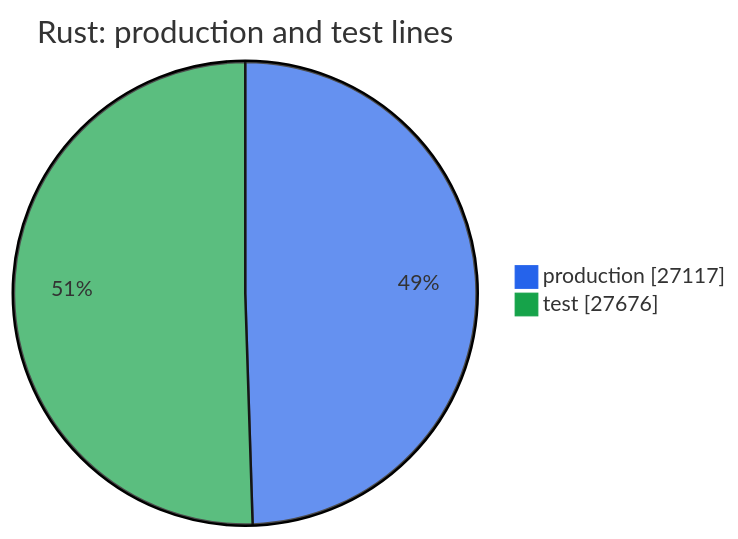
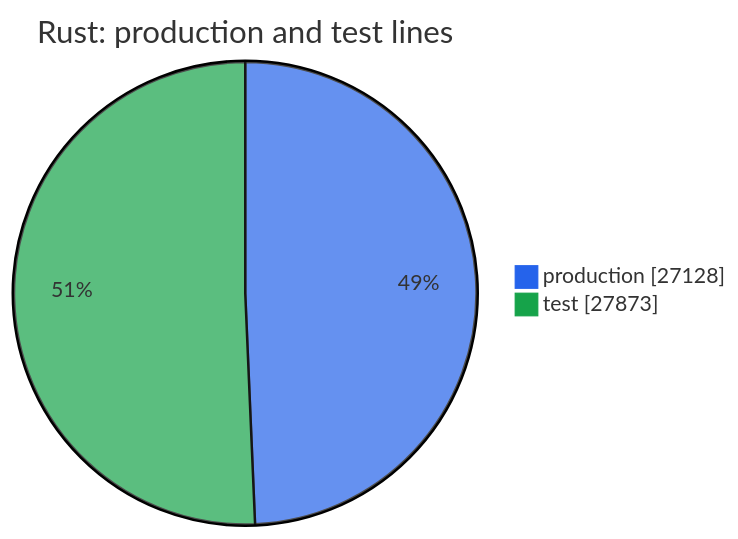
One commit to thomascherickal/ferrum-gpu changed the second of 2 diagrams in metrics.md. Above: the diagram before and after it, drawn with Mermaid. The commit also changed other lines of this file and 60 other files, not shown here.

````diff
--- a/metrics.md
+++ b/metrics.md
@@ -35,6 +35,6 @@
 ```mermaid
 %%{init: {"theme": "base", "themeVariables": {"pie1": "#2563eb", "pie2": "#16a34a", "pie3": "#d97706", "pie4": "#db2777", "pie5": "#7c3aed", "pie6": "#0891b2", "pie7": "#65a30d", "pie8": "#dc2626"}}}%%
 pie showData title Rust: production and test lines
-    "production" : 27117
-    "test" : 27676
+    "production" : 27128
+    "test" : 27873
 ```
````
